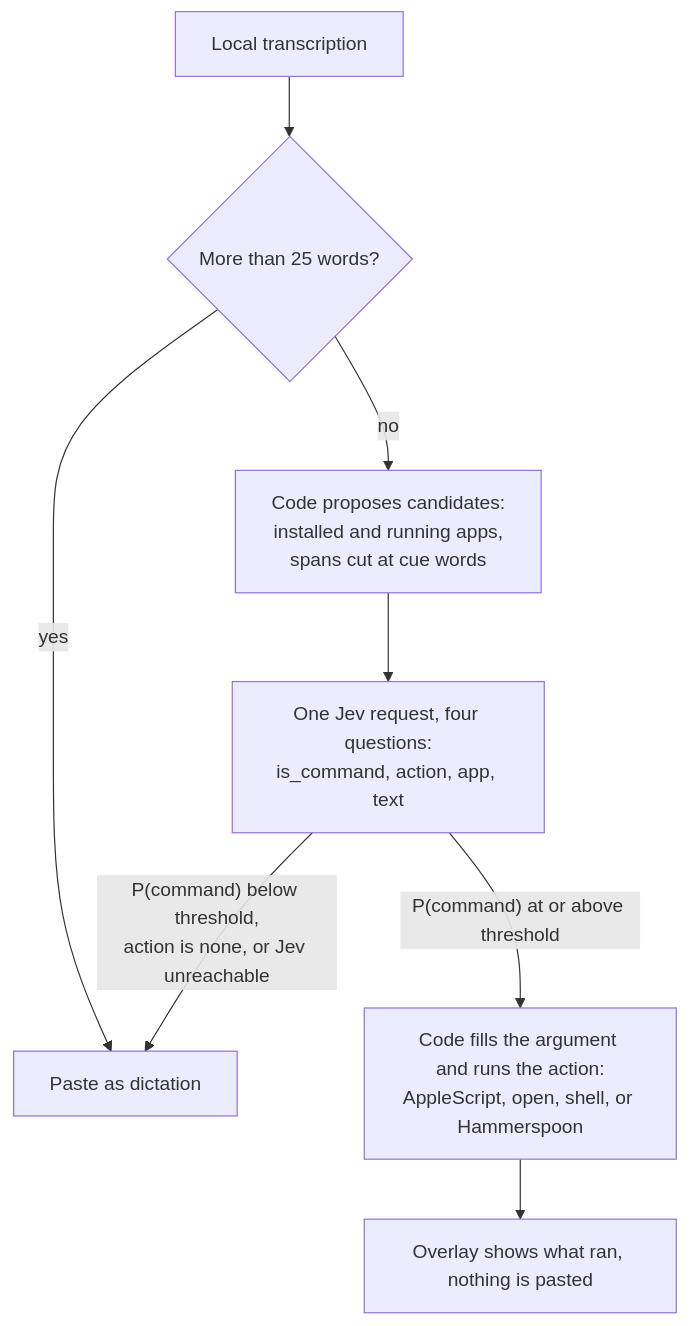
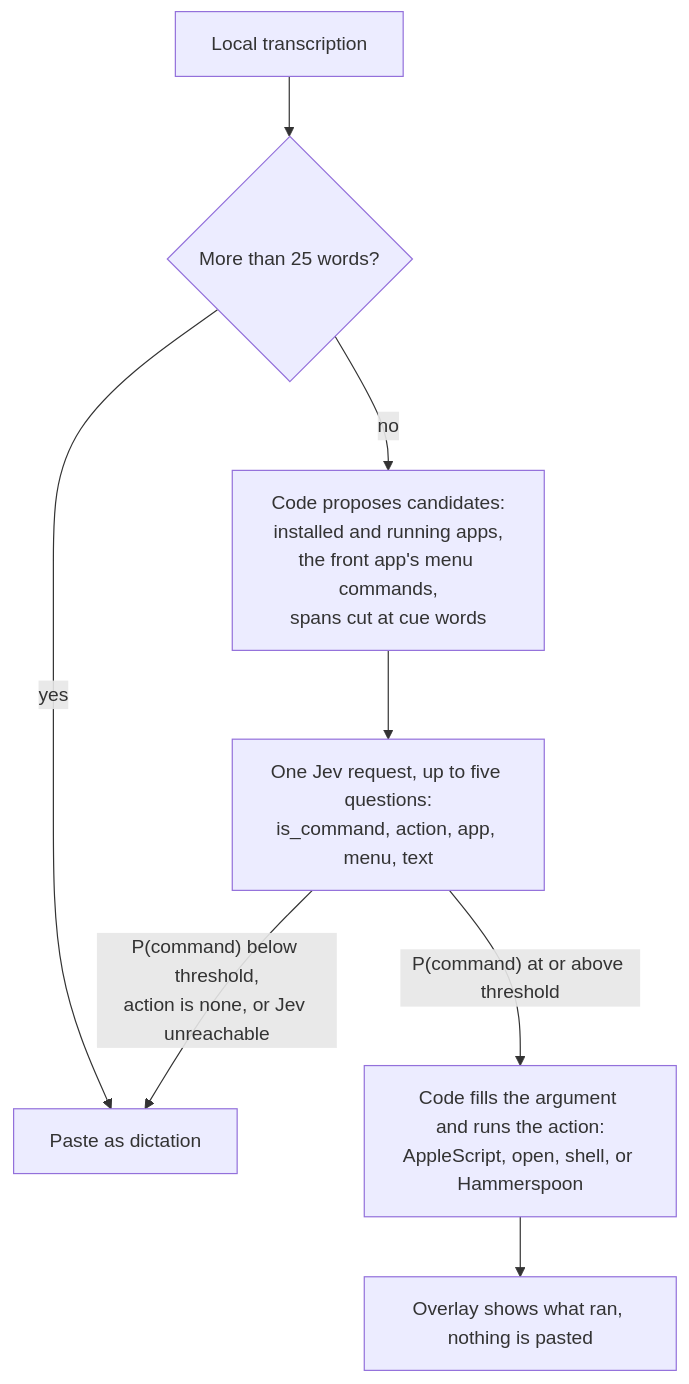
Before and after one commit to schainks/Handy: the diagram in VOICE_COMMANDS.md, drawn with Mermaid. The commit also changed other lines of this file and 9 other files, not shown here.

First line of the commit message:
feat(voice-commands): run the front app's menu commands by voice

````diff
--- a/VOICE_COMMANDS.md
+++ b/VOICE_COMMANDS.md
@@ -11,10 +12,10 @@
 ```mermaid
 flowchart TD
   T["Local transcription"] --> L{"More than 25 words?"}
   L -->|yes| P["Paste as dictation"]
-  L -->|no| C["Code proposes candidates:<br/>installed and running apps,<br/>spans cut at cue words"]
-  C --> J["One Jev request, four questions:<br/>is_command, action, app, text"]
+  L -->|no| C["Code proposes candidates:<br/>installed and running apps,<br/>the front app's menu commands,<br/>spans cut at cue words"]
+  C --> J["One Jev request, up to five questions:<br/>is_command, action, app, menu, text"]
   J -->|"P(command) below threshold,<br/>action is none, or Jev unreachable"| P
   J -->|"P(command) at or above threshold"| R["Code fills the argument and runs the action:<br/>AppleScript, open, shell, or Hammerspoon"]
   R --> O["Overlay shows what ran, nothing is pasted"]
 ```
````
